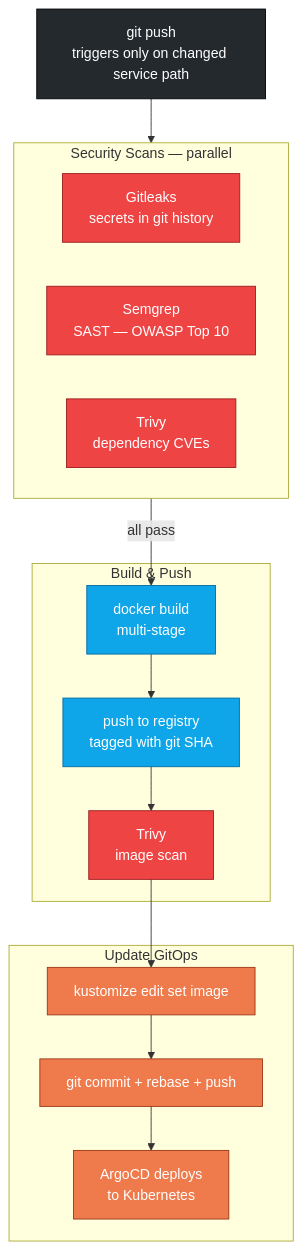
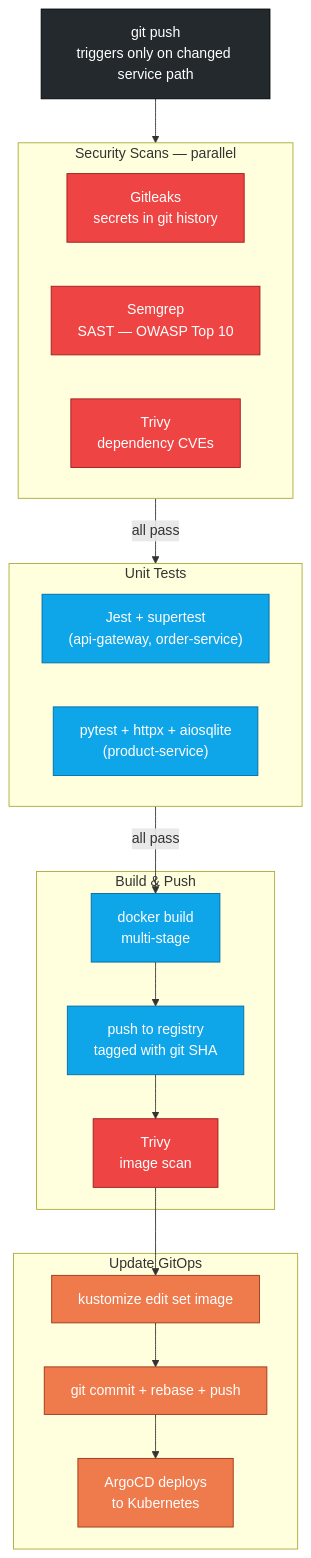
Before and after one commit to Nidhi-S12/cloudmart-services: the fifth of 5 diagrams in README.md, drawn with Mermaid. The commit also changed other lines of this file, not shown here.

First line of the commit message:
docs: add testing section with local commands and CI flow

````diff
--- a/README.md
+++ b/README.md
@@ -200,30 +200,36 @@
 ```mermaid
 flowchart TD
     classDef git fill:#24292e,stroke:#000,color:#fff
     classDef sec fill:#EF4444,stroke:#991b1b,color:#fff
     classDef build fill:#0EA5E9,stroke:#0369a1,color:#fff
     classDef cd fill:#EF7B4D,stroke:#9a3412,color:#fff
 
     Push["git push\ntriggers only on changed service path"]:::git
 
     subgraph Security["Security Scans — parallel"]
         GL["Gitleaks\nsecrets in git history"]:::sec
         SG["Semgrep\nSAST — OWASP Top 10"]:::sec
         TV1["Trivy\ndependency CVEs"]:::sec
     end
 
+    subgraph Tests["Unit Tests"]
+        JT["Jest + supertest\n(api-gateway, order-service)"]:::build
+        PT["pytest + httpx + aiosqlite\n(product-service)"]:::build
+    end
+
     subgraph Build["Build & Push"]
         Docker["docker build\nmulti-stage"]:::build
         GHCR["push to registry\ntagged with git SHA"]:::build
         TV2["Trivy\nimage scan"]:::sec
     end
 
     subgraph GitOps["Update GitOps"]
         KZ["kustomize edit set image"]:::cd
         GC["git commit + rebase + push"]:::cd
         ACD["ArgoCD deploys\nto Kubernetes"]:::cd
     end
 
     Push --> Security
-    Security -->|all pass| Docker --> GHCR --> TV2 --> KZ --> GC --> ACD
+    Security -->|all pass| Tests
+    Tests -->|all pass| Docker --> GHCR --> TV2 --> KZ --> GC --> ACD
 ```
````
